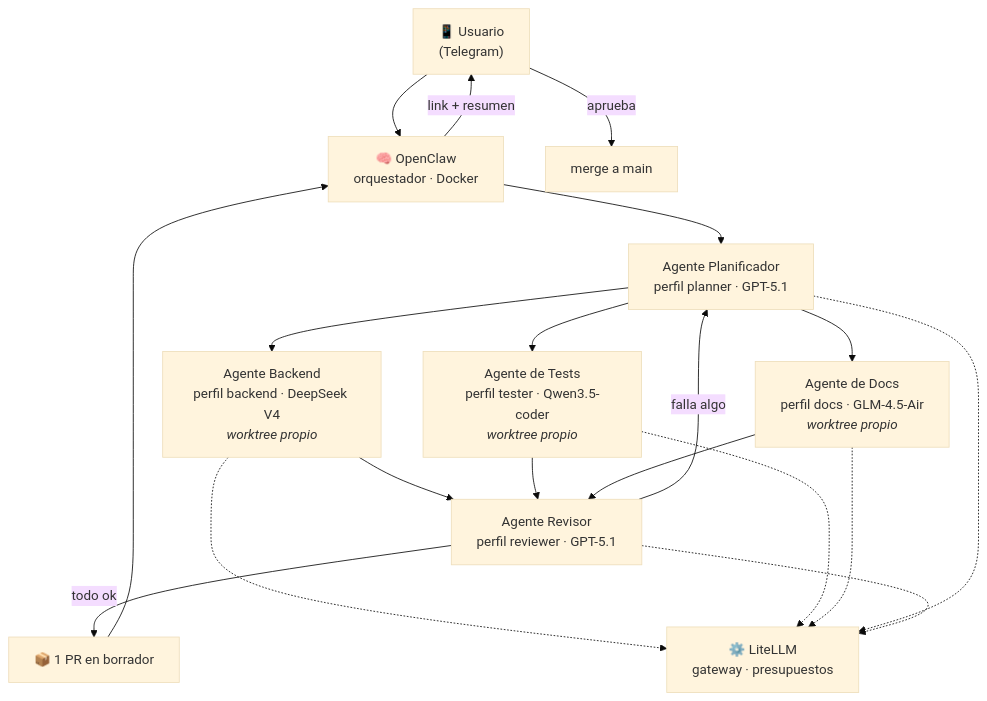
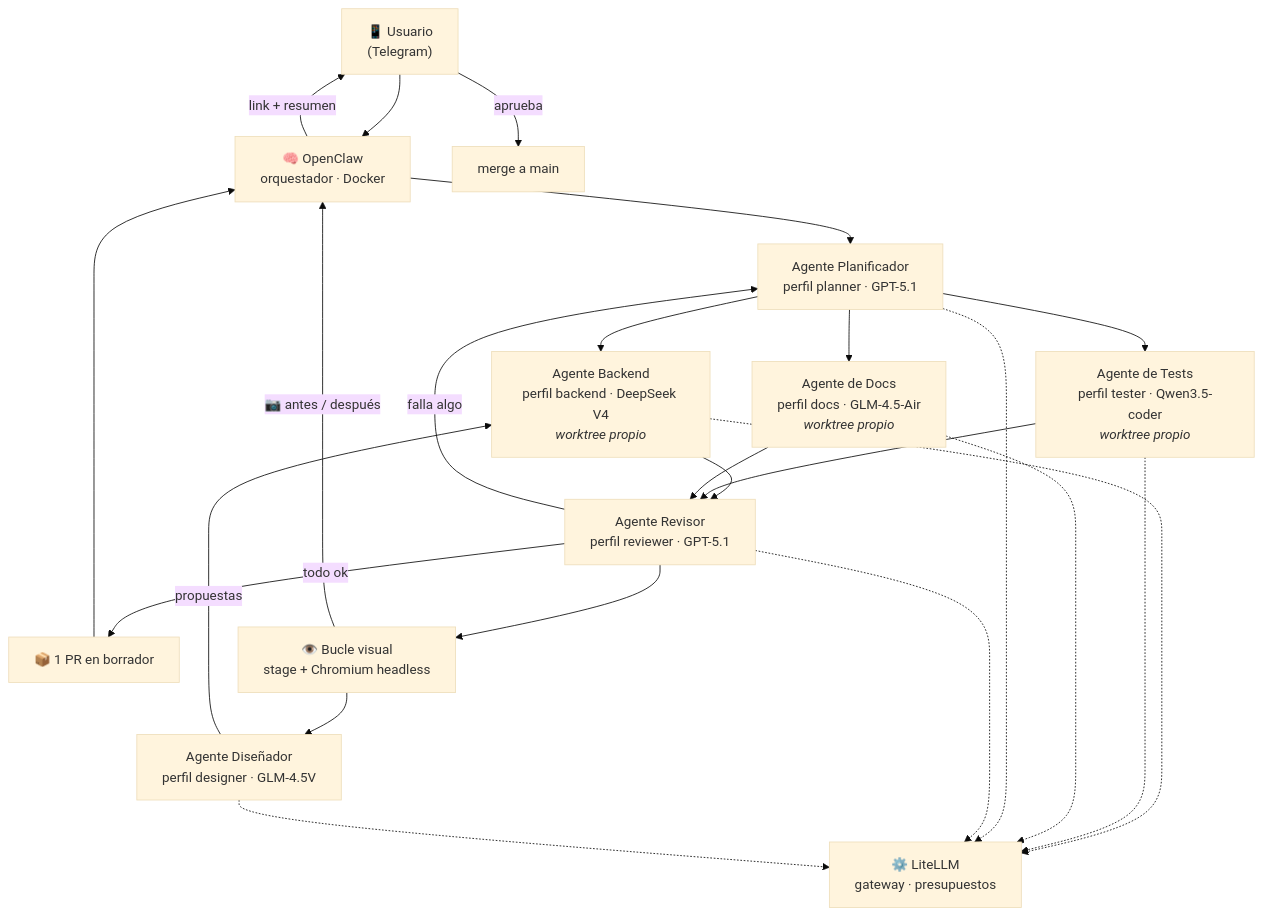
The diagram in README.md (marksato13/self-hosted-ai-devops), drawn with Mermaid (base theme) before and after one commit. The commit also changed other lines of this file and 26 other files, not shown here.

First line of the commit message:
Bucle visual: capturas headless, stage en la tailnet e informe con imagenes

````diff
--- a/README.md
+++ b/README.md
@@ -27,22 +27,28 @@
 ```mermaid
 flowchart TD
     U["📱 Usuario<br/>(Telegram)"] --> OC["🧠 OpenClaw<br/>orquestador · Docker"]
     OC --> P["Agente Planificador<br/>perfil planner · GPT-5.1"]
     P --> B["Agente Backend<br/>perfil backend · DeepSeek V4<br/><i>worktree propio</i>"]
     P --> T["Agente de Tests<br/>perfil tester · Qwen3.5-coder<br/><i>worktree propio</i>"]
     P --> D["Agente de Docs<br/>perfil docs · GLM-4.5-Air<br/><i>worktree propio</i>"]
     B --> R["Agente Revisor<br/>perfil reviewer · GPT-5.1"]
     T --> R
     D --> R
     R -->|falla algo| P
     R -->|todo ok| PR["📦 1 PR en borrador"]
     PR --> OC
     OC -->|link + resumen| U
     U -->|aprueba| M["merge a main"]
 
+    R --> V["👁️ Bucle visual<br/>stage + Chromium headless"]
+    V --> DS["Agente Diseñador<br/>perfil designer · GLM-4.5V"]
+    DS -->|propuestas| B
+    V -->|📷 antes / después| OC
+
     B -.-> LL["⚙️ LiteLLM<br/>gateway · presupuestos"]
     T -.-> LL
     D -.-> LL
     P -.-> LL
     R -.-> LL
+    DS -.-> LL
 ```
````
